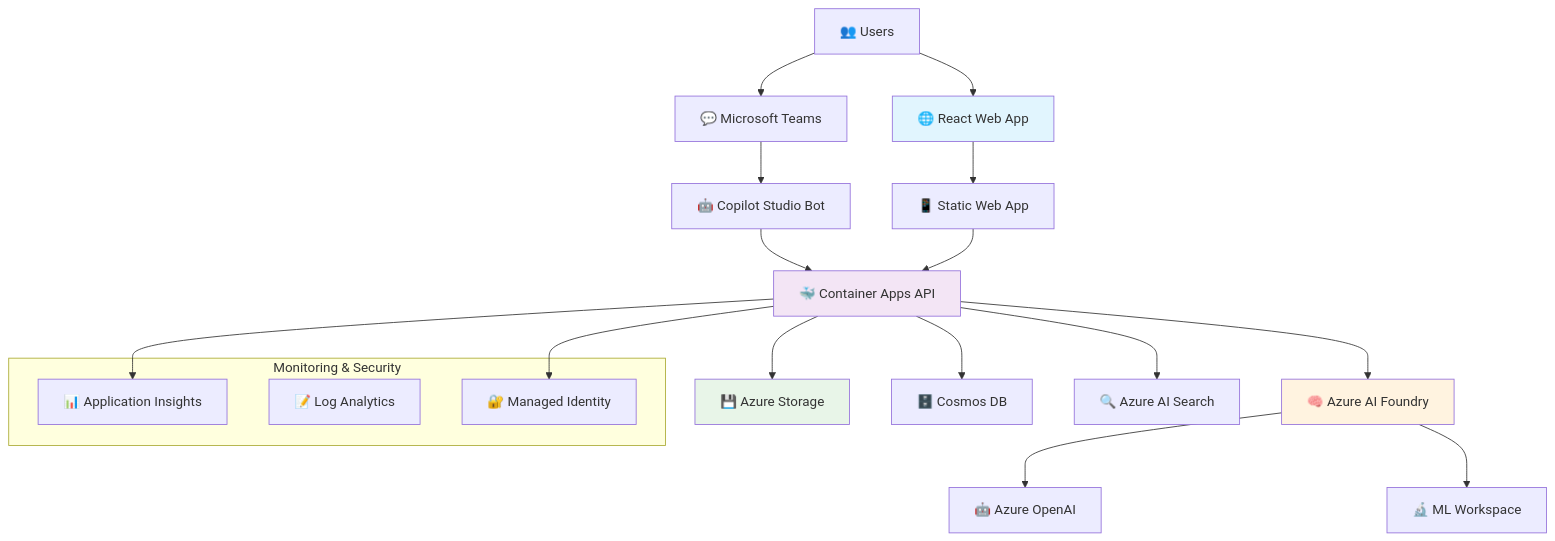
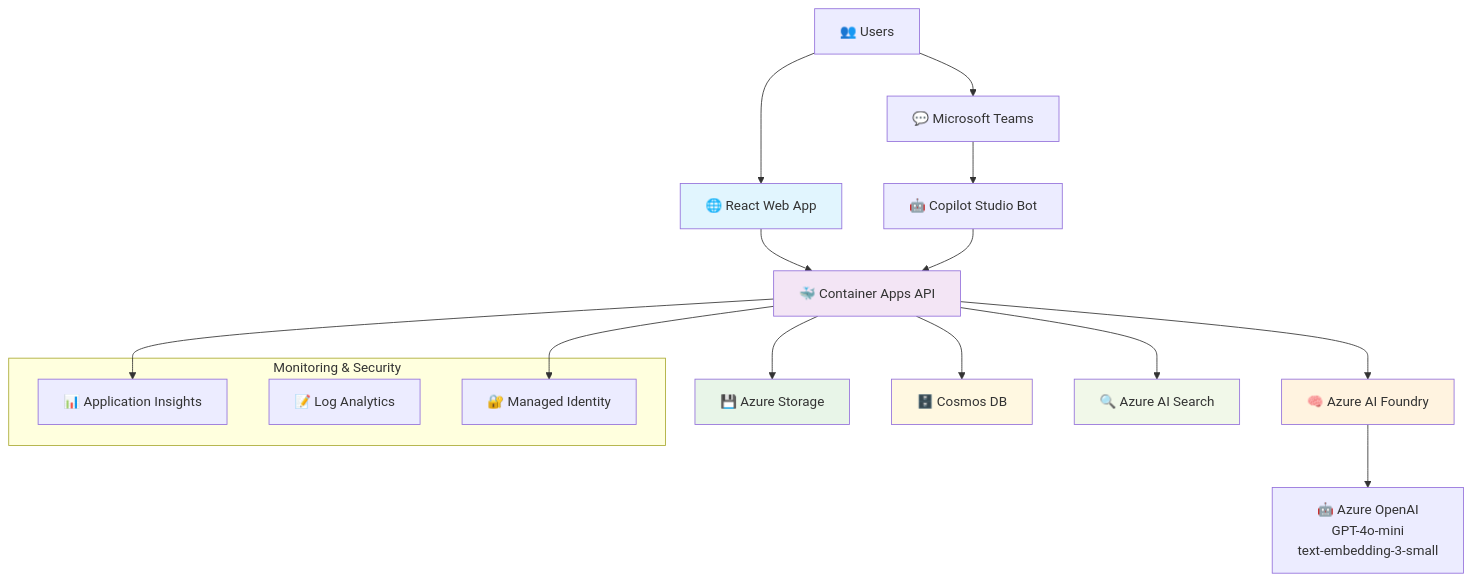
One commit to gitpavleenbali/DocGenAI changed the first of 2 diagrams in README.md. Above: the diagram before and after it, drawn with Mermaid. The commit also changed other lines of this file and 5 other files, not shown here.

````diff
--- a/README.md
+++ b/README.md
@@ -63,33 +74,33 @@
 ```mermaid
 graph TB
     Users[👥 Users] --> WebApp[🌐 React Web App]
     Users --> Teams[💬 Microsoft Teams]
     
     Teams --> CopilotStudio[🤖 Copilot Studio Bot]
     
-    WebApp --> StaticWebApp[📱 Static Web App]
-    CopilotStudio --> ContainerApp[🐳 Container Apps API]
-    StaticWebApp --> ContainerApp
+    WebApp --> ContainerApp[🐳 Container Apps API]
+    CopilotStudio --> ContainerApp
     
     ContainerApp --> AIFoundry[🧠 Azure AI Foundry]
     ContainerApp --> Storage[💾 Azure Storage]
     ContainerApp --> CosmosDB[🗄️ Cosmos DB]
     ContainerApp --> AISearch[🔍 Azure AI Search]
     
-    AIFoundry --> OpenAI[🤖 Azure OpenAI]
-    AIFoundry --> MLWorkspace[🔬 ML Workspace]
+    AIFoundry --> OpenAI[🤖 Azure OpenAI<br/>GPT-4o-mini<br/>text-embedding-3-small]
     
     subgraph "Monitoring & Security"
         AppInsights[📊 Application Insights]
         LogAnalytics[📝 Log Analytics]
         ManagedIdentity[🔐 Managed Identity]
     end
     
     ContainerApp --> AppInsights
     ContainerApp --> ManagedIdentity
     
     style WebApp fill:#e1f5fe
     style ContainerApp fill:#f3e5f5
     style AIFoundry fill:#fff3e0
     style Storage fill:#e8f5e8
+    style CosmosDB fill:#fff8e1
+    style AISearch fill:#f1f8e9
 ```
````
